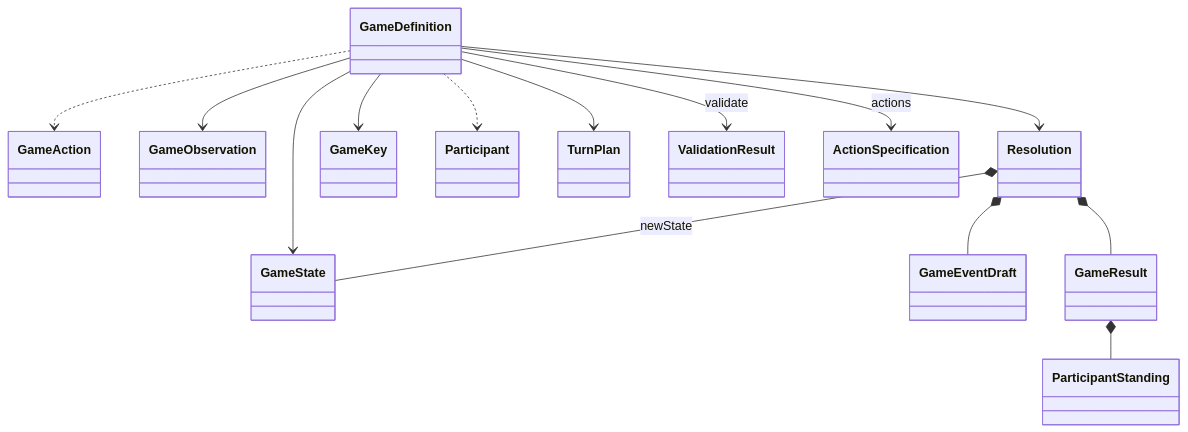
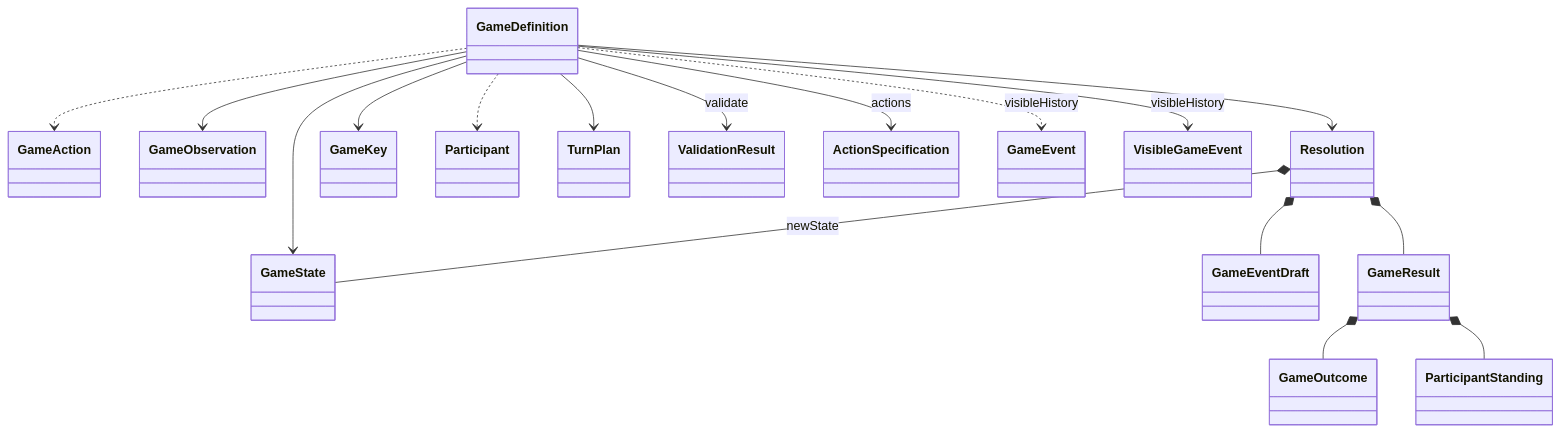
Before and after one commit to boji-today/frayground: the second of 11 diagrams in backend/DESIGN.md, drawn with Mermaid. The commit also changed other lines of this file, not shown here.

First line of the commit message:
docs(backend): align class and state diagrams with the domain code

````diff
--- a/backend/DESIGN.md
+++ b/backend/DESIGN.md
@@ -61,31 +61,37 @@
 ```mermaid
 classDiagram
   direction TB
   class GameState
   class GameAction
   class GameObservation
   class GameDefinition
   class GameEventDraft
   class Resolution
   class GameKey
   class Participant
   class TurnPlan
   class GameResult
+  class GameOutcome
   class ParticipantStanding
   class ValidationResult
   class ActionSpecification
+  class GameEvent
+  class VisibleGameEvent
 
   GameDefinition --> GameKey
   GameDefinition ..> Participant
   GameDefinition --> GameState
   GameDefinition ..> GameAction
   GameDefinition --> GameObservation
   GameDefinition --> TurnPlan
   GameDefinition --> ActionSpecification : actions
   GameDefinition --> ValidationResult : validate
   GameDefinition --> Resolution
+  GameDefinition ..> GameEvent : visibleHistory
+  GameDefinition --> VisibleGameEvent : visibleHistory
   Resolution *-- GameState : newState
   Resolution *-- GameEventDraft
   Resolution *-- GameResult
+  GameResult *-- GameOutcome
   GameResult *-- ParticipantStanding
 ```
````
